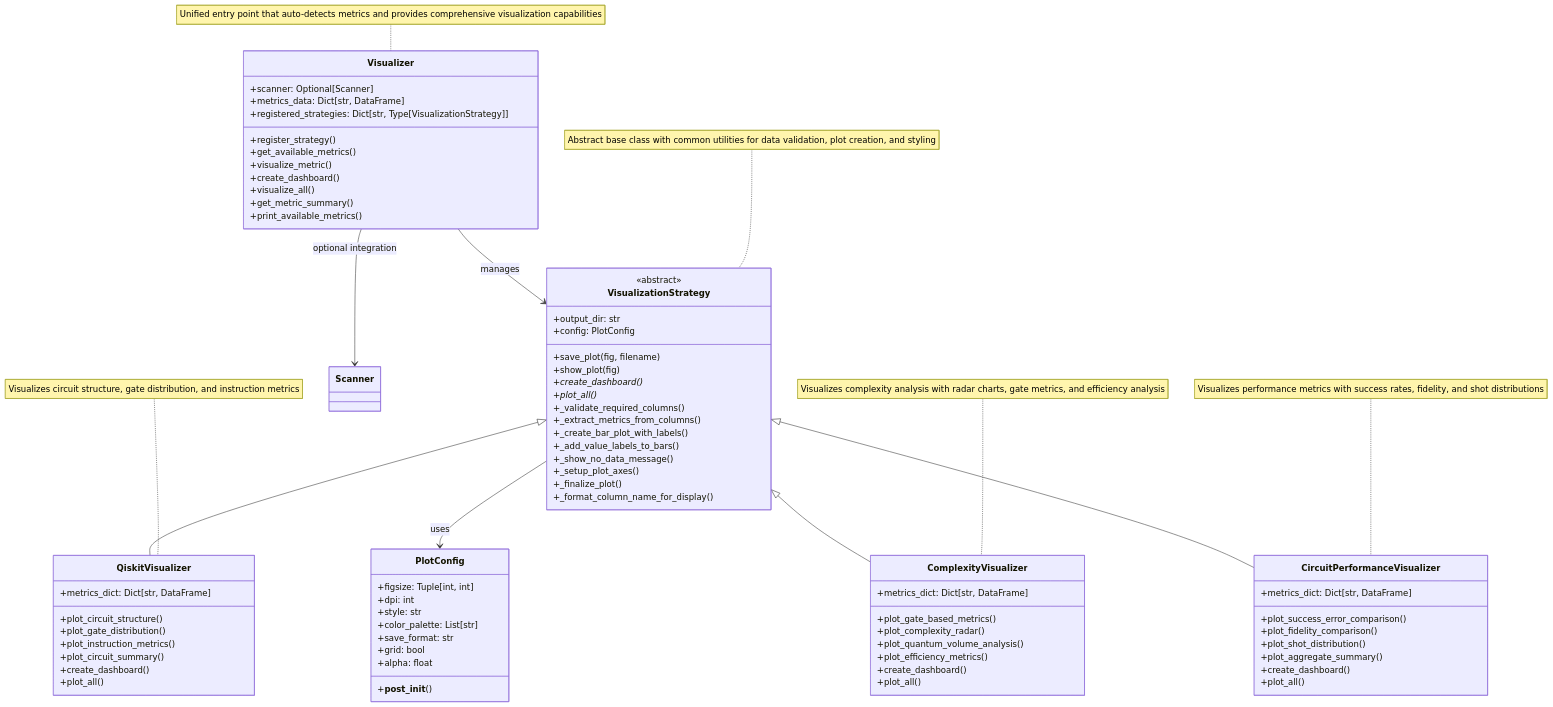
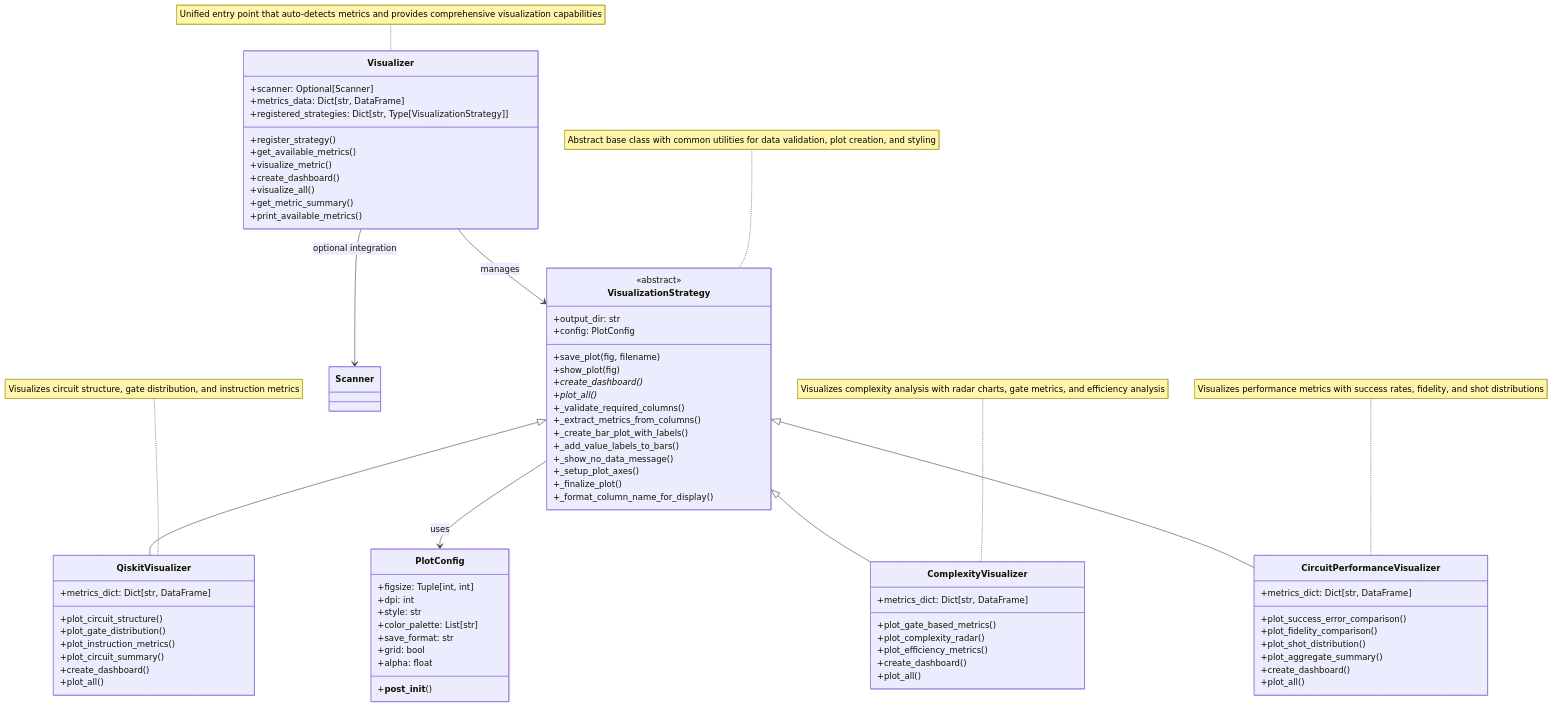
Before and after one commit to xthecapx/qiskit-qward: the fourth of 4 diagrams in docs/architecture.md, drawn with Mermaid. The commit also changed other lines of this file and 15 other files, not shown here.

First line of the commit message:
Refactor architecture and documentation for unified schema-based metrics

```diff
--- a/docs/architecture.md
+++ b/docs/architecture.md
@@ -586,7 +584,6 @@
         +metrics_dict: Dict[str, DataFrame]
         +plot_gate_based_metrics()
         +plot_complexity_radar()
-        +plot_quantum_volume_analysis()
         +plot_efficiency_metrics()
         +create_dashboard()
         +plot_all()
```
